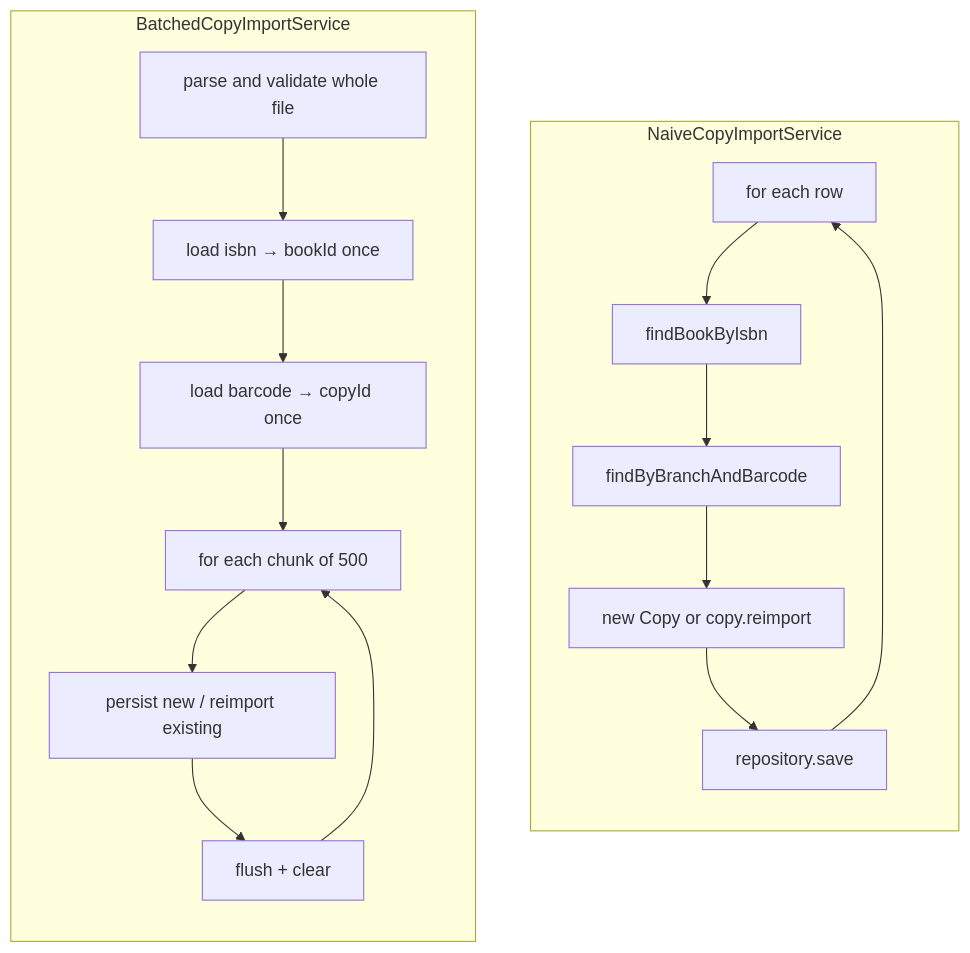
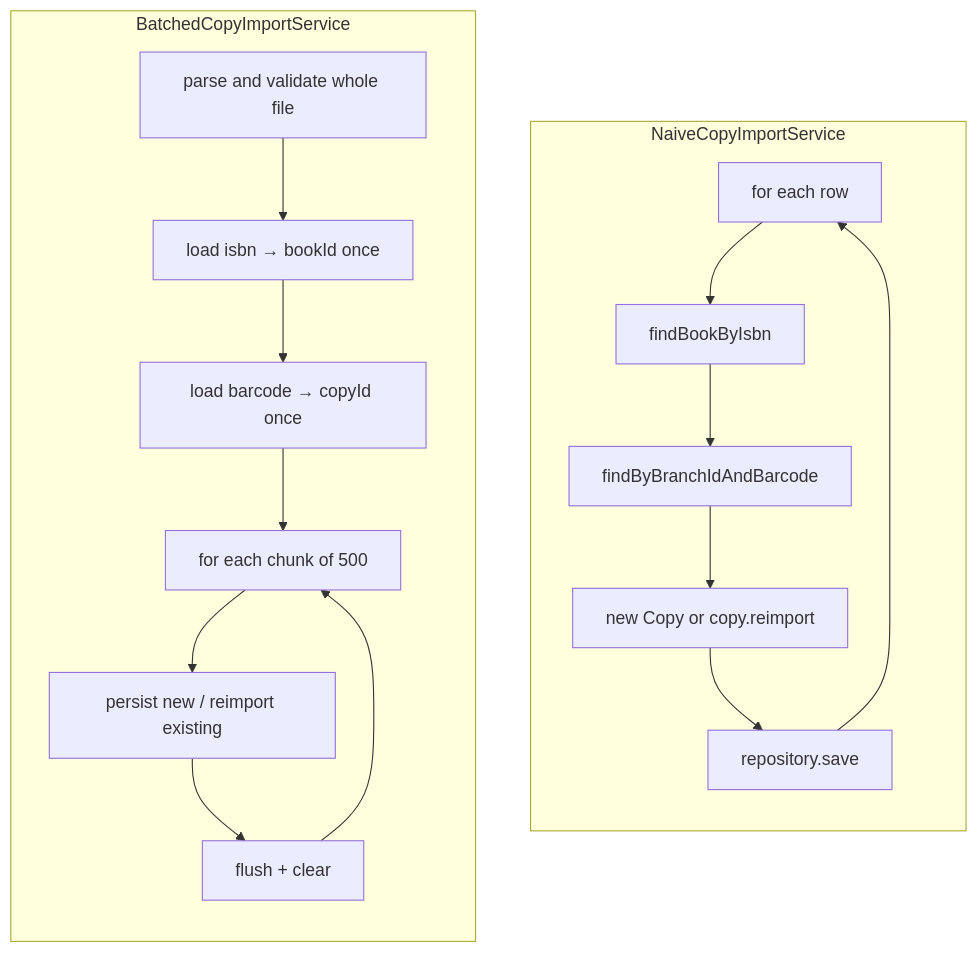
Before and after one commit to LabInternetPub/JPAlibraryExample: the third of 7 diagrams in design/domain-and-examples.md, drawn with Mermaid. The commit also changed other lines of this file and 18 other files, not shown here.

````diff
--- a/design/domain-and-examples.md
+++ b/design/domain-and-examples.md
@@ -186,20 +191,20 @@
 ```mermaid
 flowchart TB
     subgraph Naive["NaiveCopyImportService"]
         direction TB
         n1[for each row] --> n2[findBookByIsbn]
-        n2 --> n3[findByBranchAndBarcode]
+        n2 --> n3[findByBranchIdAndBarcode]
         n3 --> n4[new Copy or copy.reimport]
         n4 --> n5[repository.save]
         n5 --> n1
     end
     subgraph Better["BatchedCopyImportService"]
         direction TB
         b0[parse and validate whole file] --> b1["load isbn → bookId once"]
         b1 --> b2["load barcode → copyId once"]
         b2 --> b3[for each chunk of 500]
         b3 --> b4["persist new / reimport existing"]
         b4 --> b5["flush + clear"]
         b5 --> b3
     end
 ```
````
